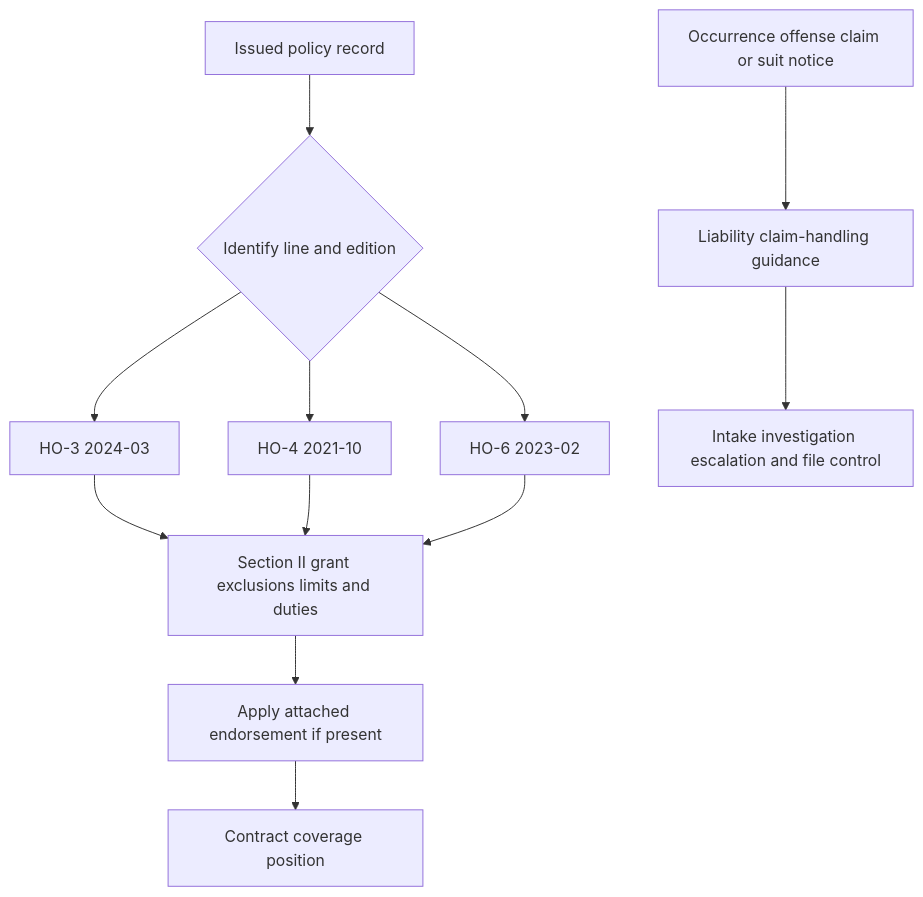
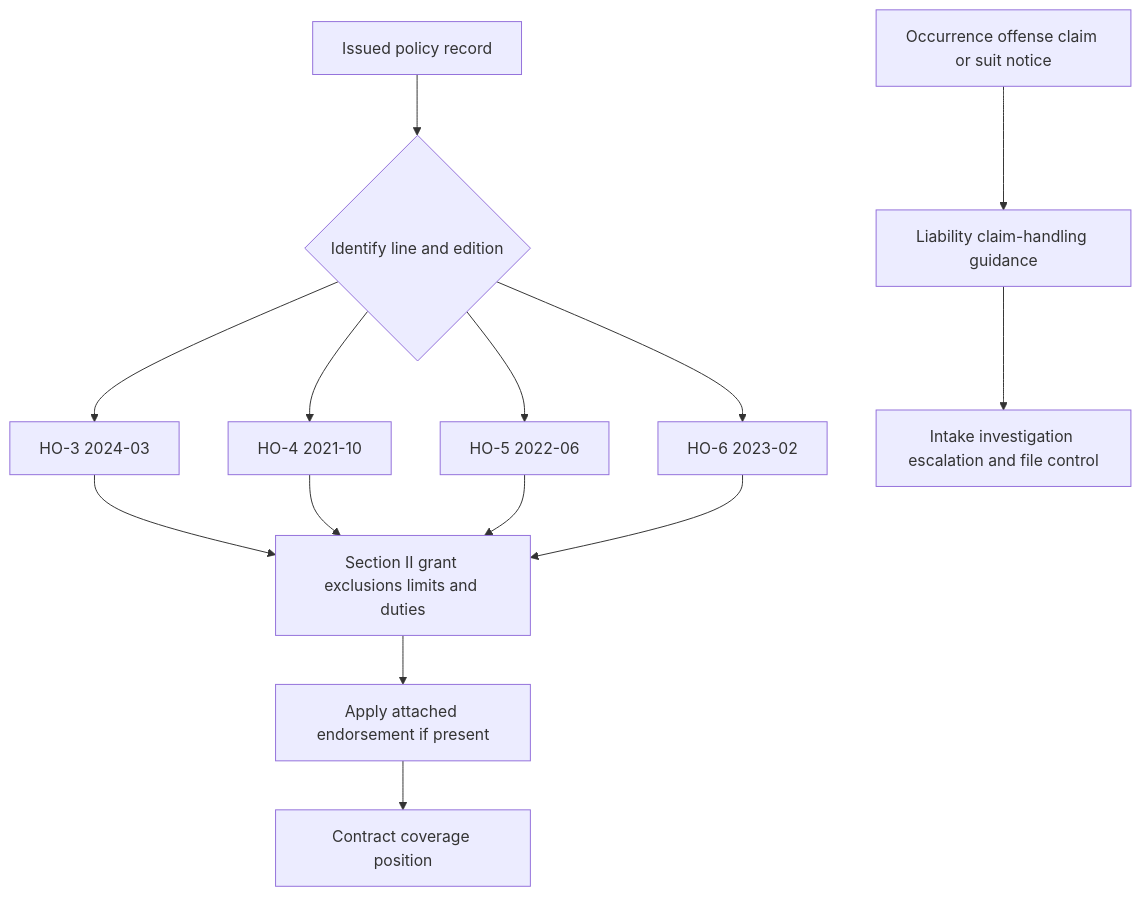
One commit to eugeneliu-86/openwiki-insurance-corpus changed the diagram in openwiki/coverage/liability/incidental-business-and-personal-injury.md. Above: the diagram before and after it, drawn with Mermaid. The commit also changed other lines of this file and 109 other files, not shown here.

````diff
--- a/openwiki/coverage/liability/incidental-business-and-personal-injury.md
+++ b/openwiki/coverage/liability/incidental-business-and-personal-injury.md
@@ -43,14 +55,16 @@
 ```mermaid
 flowchart TD
   Policy["Issued policy record"] --> Edition{"Identify line and edition"}
   Edition --> H3["HO-3 2024-03"]
   Edition --> H4["HO-4 2021-10"]
+  Edition --> H5["HO-5 2022-06"]
   Edition --> H6["HO-6 2023-02"]
   H3 --> Grant["Section II grant exclusions limits and duties"]
   H4 --> Grant
+  H5 --> Grant
   H6 --> Grant
   Grant --> Attached["Apply attached endorsement if present"]
   Attached --> Contract["Contract coverage position"]
   Notice["Occurrence offense claim or suit notice"] --> Handling["Liability claim-handling guidance"]
   Handling --> File["Intake investigation escalation and file control"]
 ```
````
